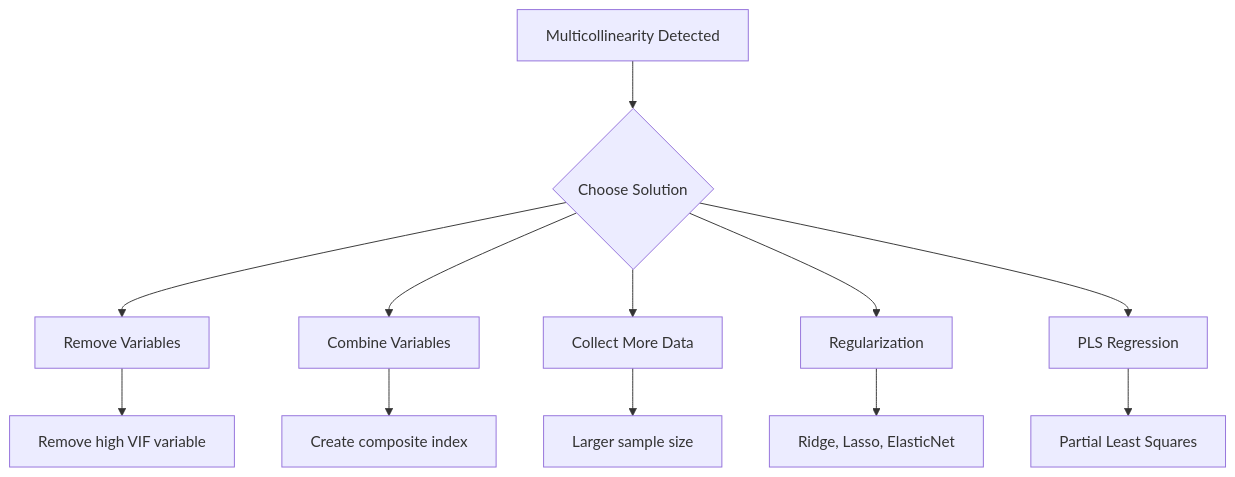
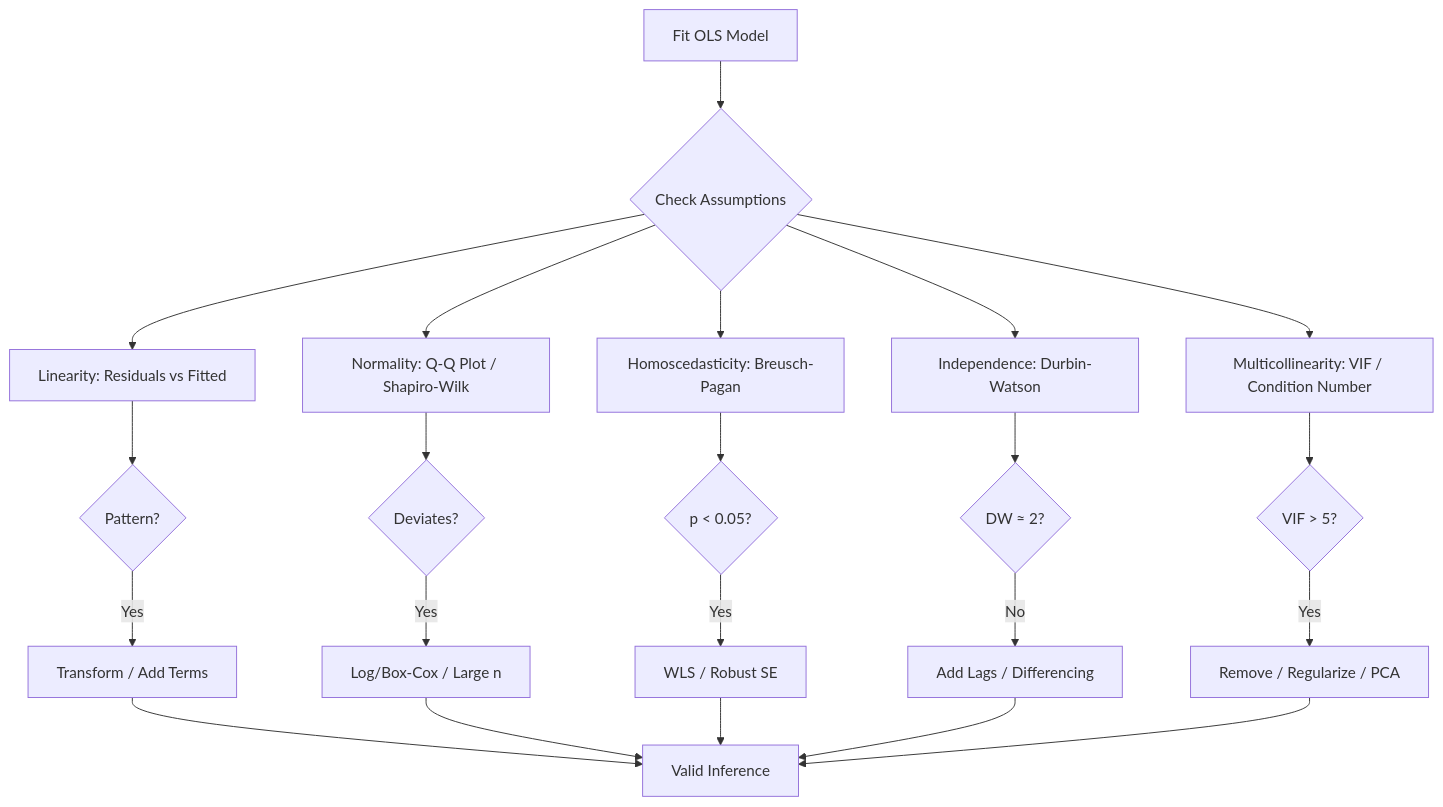
Before and after one commit to beingAnujChaudhary/personalNotes: the fourth of 5 diagrams in notebooks/9. regression/SLR/readme.md, drawn with Mermaid. The commit also changed other lines of this file and 7 other files, not shown here.

````diff
--- a/notebooks/9. regression/SLR/readme.md
+++ b/notebooks/9. regression/SLR/readme.md
@@ -1402,15 +316,27 @@
 ```mermaid
-graph TD
-    A[Multicollinearity Detected] --> B{Choose Solution}
-    B --> C[Remove Variables]
-    B --> D[Combine Variables]
-    B --> E[Collect More Data]
-    B --> F[Regularization]
-    B --> G[PLS Regression]
+flowchart TD
+    A[Fit OLS Model] --> B{Check Assumptions}
+    B --> C[Linearity: Residuals vs Fitted]
+    B --> D[Normality: Q-Q Plot / Shapiro-Wilk]
+    B --> E[Homoscedasticity: Breusch-Pagan]
+    B --> F[Independence: Durbin-Watson]
+    B --> G[Multicollinearity: VIF / Condition Number]
     
-    C --> C1[Remove high VIF variable]
-    D --> D1[Create composite index]
-    E --> E1[Larger sample size]
-    F --> F1[Ridge, Lasso, ElasticNet]
-    G --> G1[Partial Least Squares]
+    C --> H{Pattern?}
+    D --> I{Deviates?}
+    E --> J{p < 0.05?}
+    F --> K{DW ≈ 2?}
+    G --> L{VIF > 5?}
+    
+    H -->|Yes| M[Transform / Add Terms]
+    I -->|Yes| N[Log/Box-Cox / Large n]
+    J -->|Yes| O[WLS / Robust SE]
+    K -->|No| P[Add Lags / Differencing]
+    L -->|Yes| Q[Remove / Regularize / PCA]
+    
+    M --> R[Valid Inference]
+    N --> R
+    O --> R
+    P --> R
+    Q --> R
 ```
````
